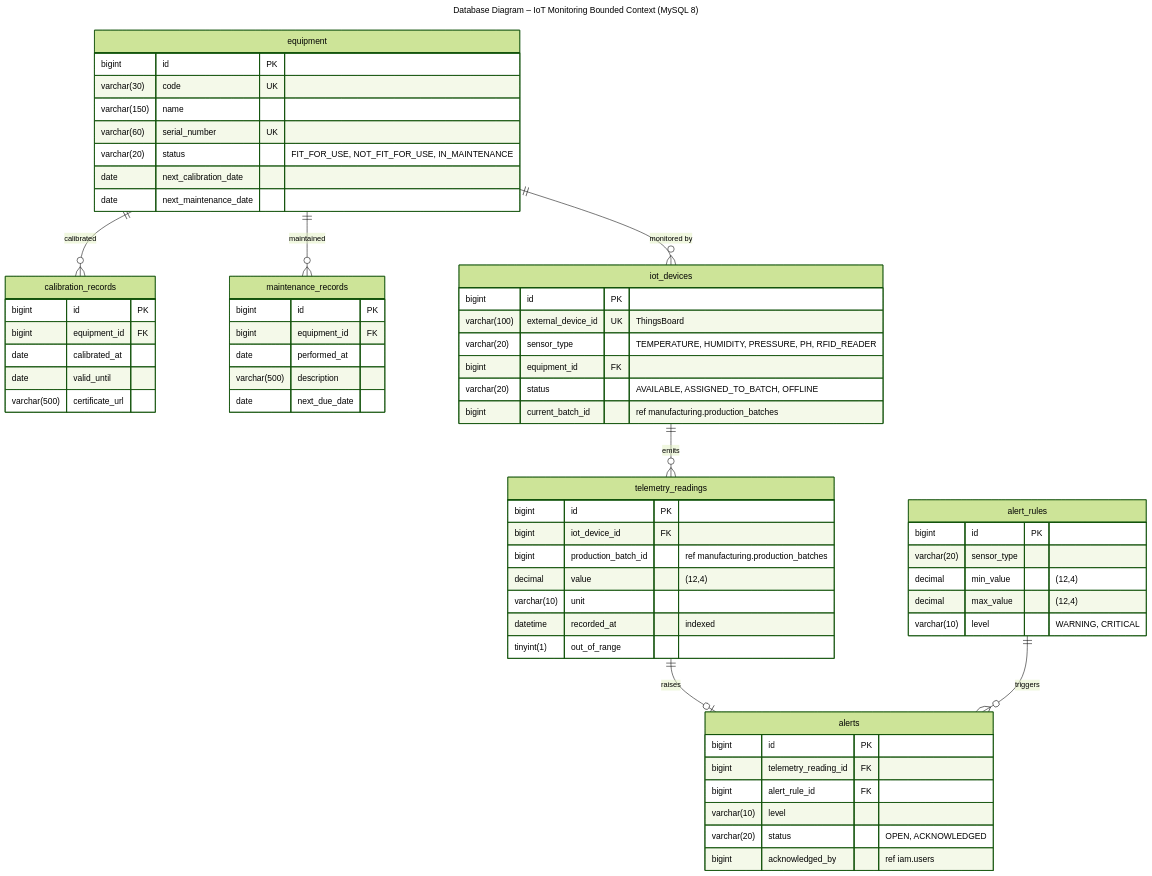
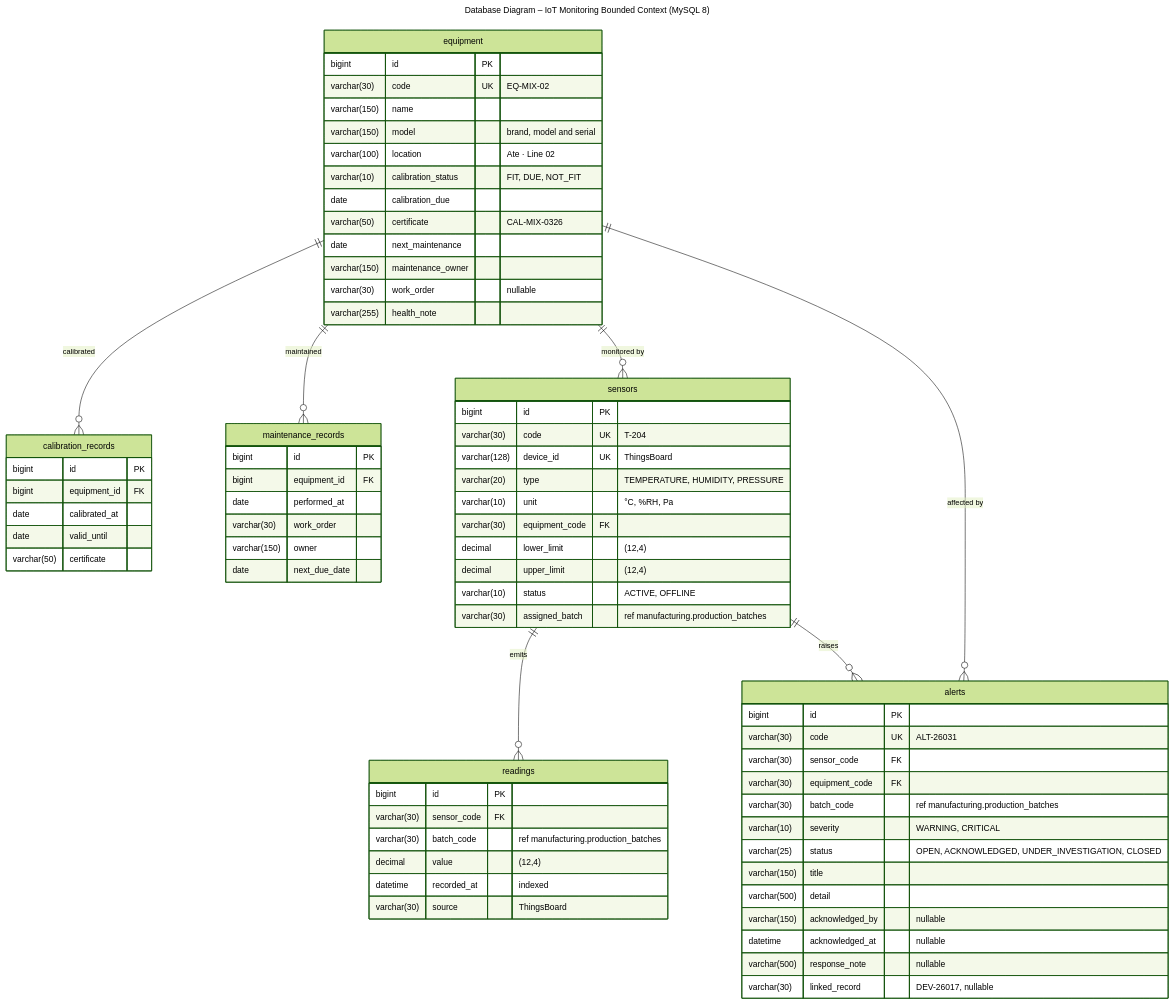
Before and after one commit to IngesCompany/doofplus-report: the diagram in report/assets/diagrams/mermaid/db-05-iot.mmd, drawn with Mermaid (forest theme). The commit also changed 10 other files, not shown here.

Commit message:
fix(diagrams): align the class and database diagrams with the product

```diff
--- a/report/assets/diagrams/mermaid/db-05-iot.mmd
+++ b/report/assets/diagrams/mermaid/db-05-iot.mmd
@@ -1,65 +1,74 @@
 ---
 title: "Database Diagram – IoT Monitoring Bounded Context (MySQL 8)"
 ---
 erDiagram
   equipment {
     bigint id PK
-    varchar(30) code UK
+    varchar(30) code UK "EQ-MIX-02"
     varchar(150) name
-    varchar(60) serial_number UK
-    varchar(20) status "FIT_FOR_USE, NOT_FIT_FOR_USE, IN_MAINTENANCE"
-    date next_calibration_date
-    date next_maintenance_date
+    varchar(150) model "brand, model and serial"
+    varchar(100) location "Ate · Line 02"
+    varchar(10) calibration_status "FIT, DUE, NOT_FIT"
+    date calibration_due
+    varchar(50) certificate "CAL-MIX-0326"
+    date next_maintenance
+    varchar(150) maintenance_owner
+    varchar(30) work_order "nullable"
+    varchar(255) health_note
   }
   calibration_records {
     bigint id PK
     bigint equipment_id FK
     date calibrated_at
     date valid_until
-    varchar(500) certificate_url
+    varchar(50) certificate
   }
   maintenance_records {
     bigint id PK
     bigint equipment_id FK
     date performed_at
-    varchar(500) description
+    varchar(30) work_order
+    varchar(150) owner
     date next_due_date
   }
-  iot_devices {
+  sensors {
     bigint id PK
-    varchar(100) external_device_id UK "ThingsBoard"
-    varchar(20) sensor_type "TEMPERATURE, HUMIDITY, PRESSURE, PH, RFID_READER"
-    bigint equipment_id FK
-    varchar(20) status "AVAILABLE, ASSIGNED_TO_BATCH, OFFLINE"
-    bigint current_batch_id "ref manufacturing.production_batches"
+    varchar(30) code UK "T-204"
+    varchar(128) device_id UK "ThingsBoard"
+    varchar(20) type "TEMPERATURE, HUMIDITY, PRESSURE"
+    varchar(10) unit "°C, %RH, Pa"
+    varchar(30) equipment_code FK
+    decimal lower_limit "(12,4)"
+    decimal upper_limit "(12,4)"
+    varchar(10) status "ACTIVE, OFFLINE"
+    varchar(30) assigned_batch "ref manufacturing.production_batches"
   }
-  telemetry_readings {
+  readings {
     bigint id PK
-    bigint iot_device_id FK
-    bigint production_batch_id "ref manufacturing.production_batches"
+    varchar(30) sensor_code FK
+    varchar(30) batch_code "ref manufacturing.production_batches"
     decimal value "(12,4)"
-    varchar(10) unit
     datetime recorded_at "indexed"
-    tinyint(1) out_of_range
-  }
-  alert_rules {
-    bigint id PK
-    varchar(20) sensor_type
-    decimal min_value "(12,4)"
-    decimal max_value "(12,4)"
-    varchar(10) level "WARNING, CRITICAL"
+    varchar(30) source "ThingsBoard"
   }
   alerts {
     bigint id PK
-    bigint telemetry_reading_id FK
-    bigint alert_rule_id FK
-    varchar(10) level
-    varchar(20) status "OPEN, ACKNOWLEDGED"
-    bigint acknowledged_by "ref iam.users"
+    varchar(30) code UK "ALT-26031"
+    varchar(30) sensor_code FK
+    varchar(30) equipment_code FK
+    varchar(30) batch_code "ref manufacturing.production_batches"
+    varchar(10) severity "WARNING, CRITICAL"
+    varchar(25) status "OPEN, ACKNOWLEDGED, UNDER_INVESTIGATION, CLOSED"
+    varchar(150) title
+    varchar(500) detail
+    varchar(150) acknowledged_by "nullable"
+    datetime acknowledged_at "nullable"
+    varchar(500) response_note "nullable"
+    varchar(30) linked_record "DEV-26017, nullable"
   }
   equipment ||--o{ calibration_records : "calibrated"
   equipment ||--o{ maintenance_records : "maintained"
-  equipment ||--o{ iot_devices : "monitored by"
-  iot_devices ||--o{ telemetry_readings : "emits"
-  telemetry_readings ||--o| alerts : "raises"
-  alert_rules ||--o{ alerts : "triggers"
+  equipment ||--o{ sensors : "monitored by"
+  sensors ||--o{ readings : "emits"
+  sensors ||--o{ alerts : "raises"
+  equipment ||--o{ alerts : "affected by"
```
